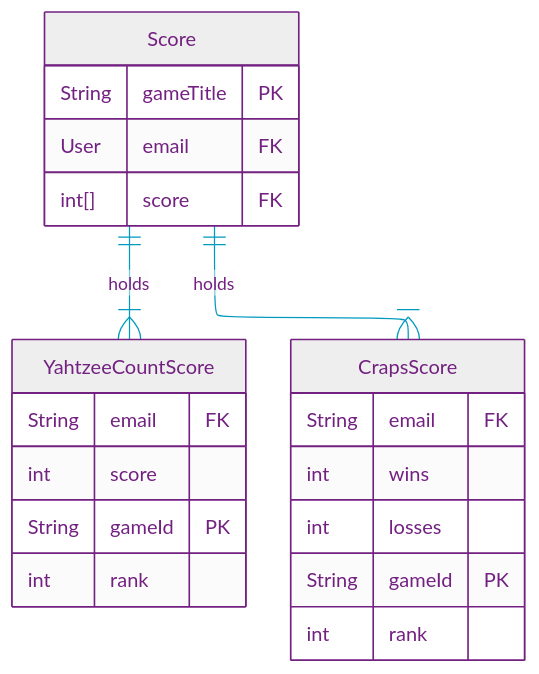
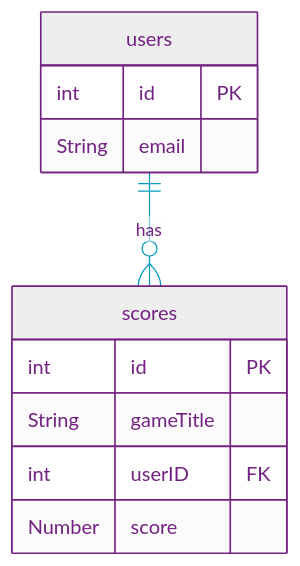
One commit to null-0ne/COSA-195-Gamehub changed the diagram in uml/story6_erd.md. Above: the diagram before and after it, drawn with Mermaid. The commit also changed 5 other files, not shown here.

````diff
--- a/uml/story6_erd.md
+++ b/uml/story6_erd.md
@@ -3,34 +3,37 @@
 ```mermaid
 %%{init:{"securityLevel":"loose","layout":"elk","elk":{"nodePlacementStrategy":"NETWORK_SIMPLEX"},"theme":"base",
 "themeVariables":{"primaryColor":"#EEE","primaryTextColor":"#732181","primaryBorderColor":"#732181","lineColor":"#009ABE","noteBorderColor":"#732181","noteBkgColor":"#F38A00","activationBkgColor":"#F38A00"    }
 }}%%
 %%----------------------- MERMAID MARKUP BELOW --------------------%%
 erDiagram
-    YahtzeeCountScore {
-      String email FK
-      int score
-      String gameId PK
-      int rank
+    %% YahtzeeCountScore {
+    %%   String email FK
+    %%   int score
+    %%   String gameId PK
+    %%   int rank
+    %% }
+
+    %% CrapsScore {
+    %%   String email FK
+    %%   String gameId PK
+    %%   int rank
+    %% }
+
+    scores {
+      int id PK
+      String gameTitle 
+      int userID FK
+      Number score 
     }
-
-    CrapsScore {
-      String email FK
-      int wins
-      int losses
-      String gameId PK
-      int rank
-    }
-
-    Score {
-      String gameTitle PK
-      User email FK
-      int[] score FK
+    users {
+      int id PK
+      String email
     }
 
     %% Relationships
+    users ||--o{ scores : "has"
 
-    Score ||--|{ CrapsScore : "holds"
-    Score ||--|{ YahtzeeCountScore : "holds"
+    
 
 %%----------------------- MERMAID MARKUP ABOVE --------------------%%
 ```
````
